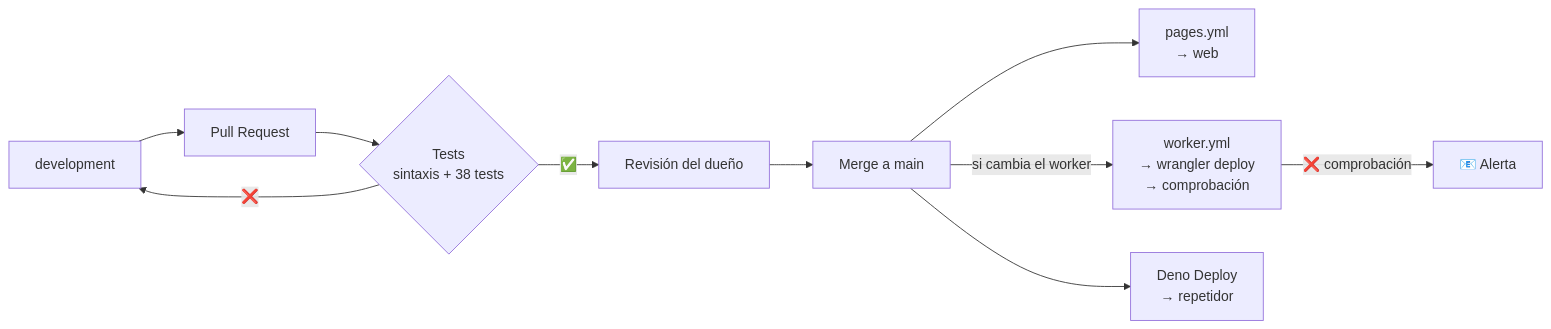
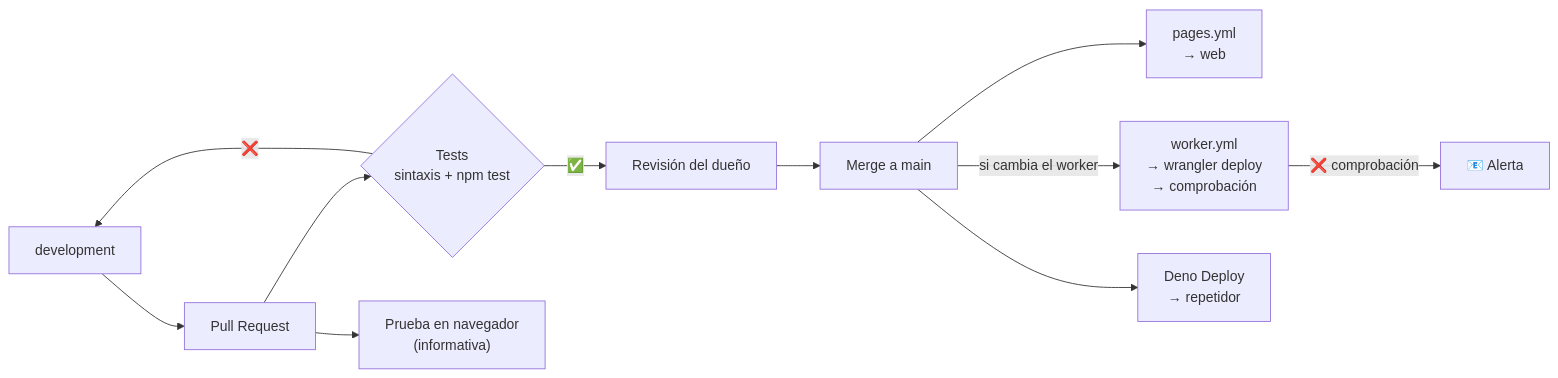
The third of 4 diagrams in docs/OPERACIONES.md (serbenda/marquesina), drawn with Mermaid before and after one commit. The commit also changed other lines of this file and 19 other files, not shown here.

````diff
--- a/docs/OPERACIONES.md
+++ b/docs/OPERACIONES.md
@@ -180,12 +180,13 @@
 ```mermaid
 flowchart LR
   DEV["development"] --> PR["Pull Request"]
-  PR --> T{"Tests<br/>sintaxis + 38 tests"}
+  PR --> T{"Tests<br/>sintaxis + npm test"}
+  PR --> E2E["Prueba en navegador<br/>(informativa)"]
   T -- "❌" --> DEV
   T -- "✅" --> REV["Revisión del dueño"]
   REV --> MRG["Merge a main"]
   MRG --> P["pages.yml<br/>→ web"]
   MRG -- "si cambia el worker" --> W["worker.yml<br/>→ wrangler deploy<br/>→ comprobación"]
   MRG --> D["Deno Deploy<br/>→ repetidor"]
   W -- "❌ comprobación" --> AL["📧 Alerta"]
 ```
````
